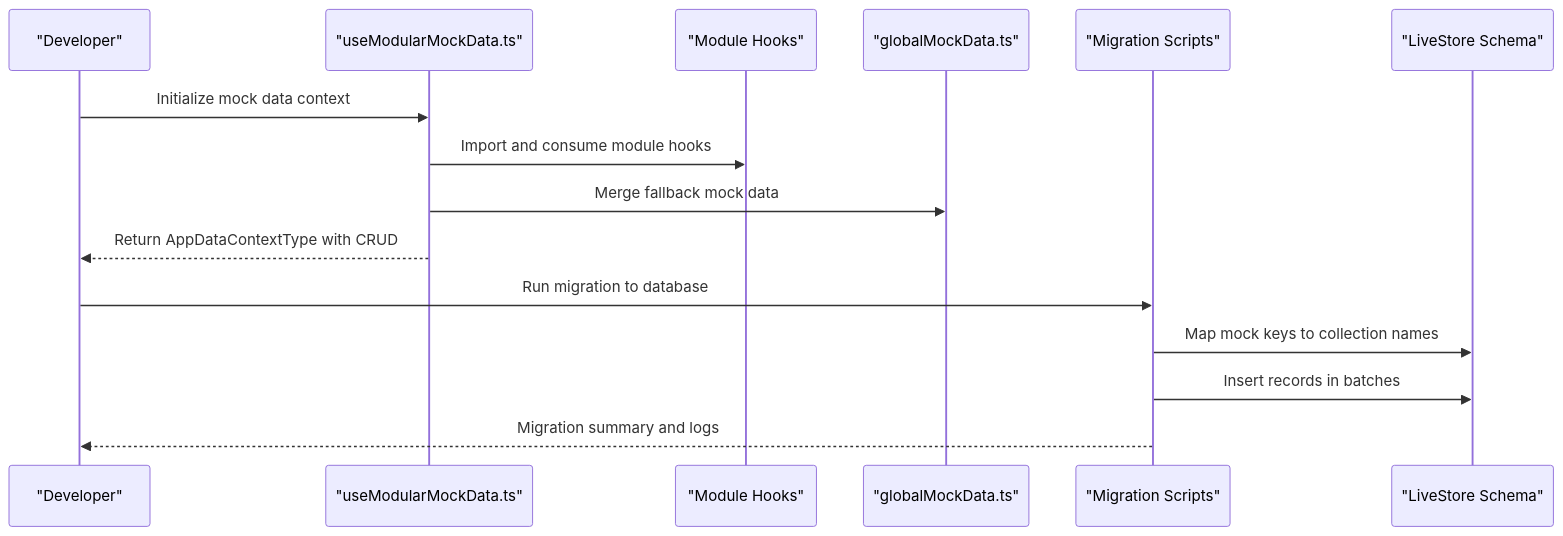
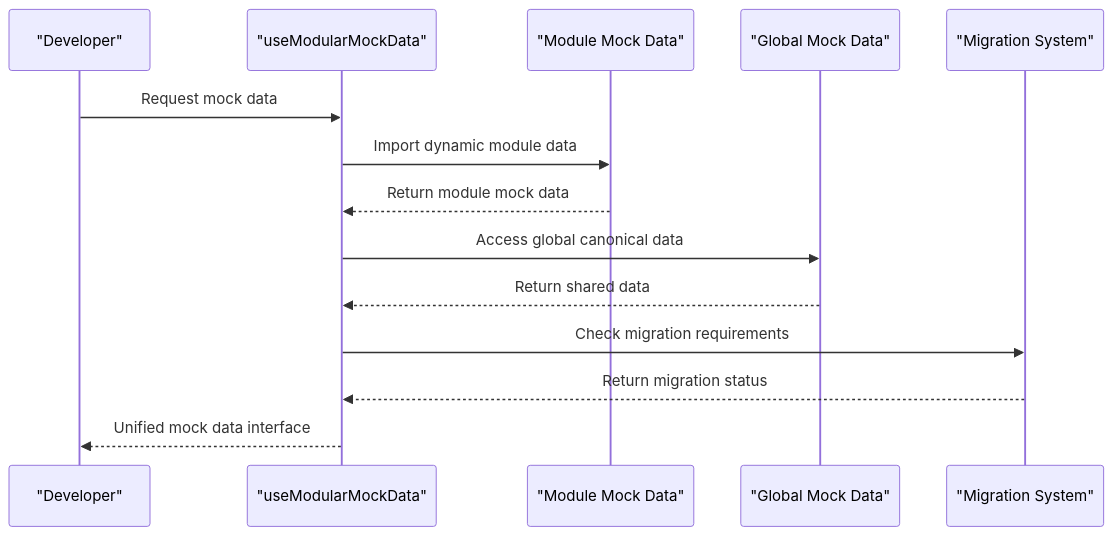
One commit to geniusdynamics/schoolpilot changed the second of 4 diagrams in .qoder/repowiki/en/content/Mock Data Dev Guide.md. Above: the diagram before and after it, drawn with Mermaid. The commit also changed other lines of this file and 16 other files, not shown here.

````diff
--- a/.qoder/repowiki/en/content/Mock Data Dev Guide.md
+++ b/.qoder/repowiki/en/content/Mock Data Dev Guide.md
@@ -100,17 +94,16 @@
 ```mermaid
 sequenceDiagram
 participant Dev as "Developer"
-participant Hook as "useModularMockData.ts"
-participant Modules as "Module Hooks"
-participant Global as "globalMockData.ts"
-participant Script as "Migration Scripts"
-participant Schema as "LiveStore Schema"
-Dev->>Hook : Initialize mock data context
-Hook->>Modules : Import and consume module hooks
-Hook->>Global : Merge fallback mock data
-Hook-->>Dev : Return AppDataContextType with CRUD
-Dev->>Script : Run migration to database
-Script->>Schema : Map mock keys to collection names
-Script->>Schema : Insert records in batches
-Script-->>Dev : Migration summary and logs
+participant Hook as "useModularMockData"
+participant Modules as "Module Mock Data"
+participant Global as "Global Mock Data"
+participant Migration as "Migration System"
+Dev->>Hook : Request mock data
+Hook->>Modules : Import dynamic module data
+Modules-->>Hook : Return module mock data
+Hook->>Global : Access global canonical data
+Global-->>Hook : Return shared data
+Hook->>Migration : Check migration requirements
+Migration-->>Hook : Return migration status
+Hook-->>Dev : Unified mock data interface
 ```
````
